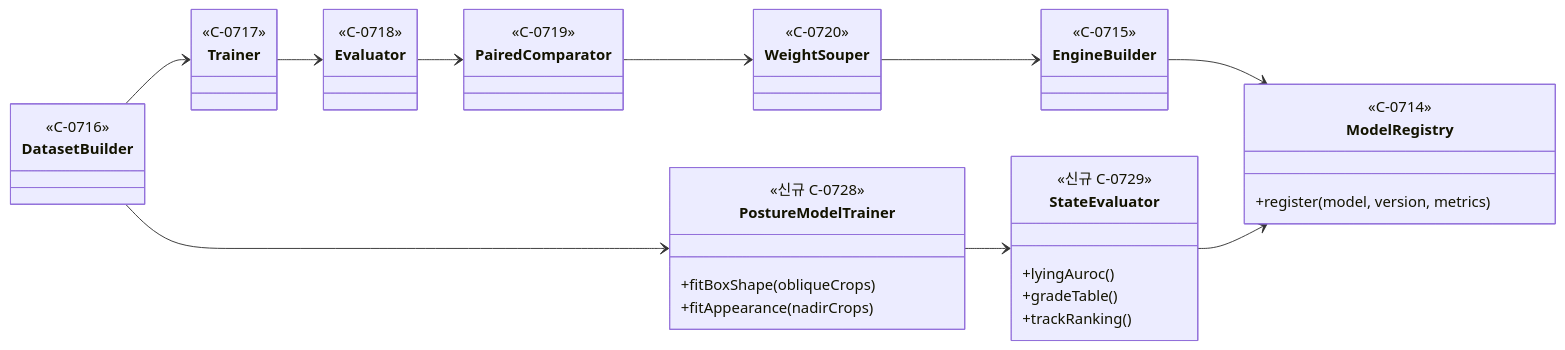
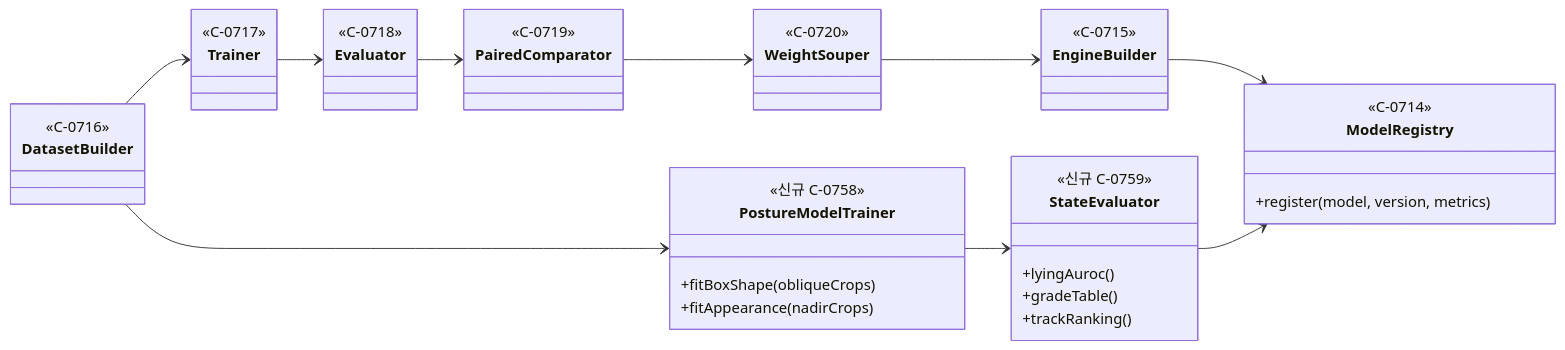
Before and after one commit to tim9985/Capstone: the fourth of 4 diagrams in obsidian/11 서버 학습 계획/07 객체지향 설계 v2 - 상태 인지 반영.md, drawn with Mermaid. The commit also changed other lines of this file and 9 other files, not shown here.

Commit message:
SDD v1.5 비전 클래스 다이어그램 8장 — 9.30 피드백 객체지향 계층 (Controller · Service 인터페이스 · DAO · Entity · DTO · 패키지 간 인터페이스)

````diff
--- a/obsidian/11 서버 학습 계획/07 객체지향 설계 v2 - 상태 인지 반영.md
+++ b/obsidian/11 서버 학습 계획/07 객체지향 설계 v2 - 상태 인지 반영.md
@@ -314,46 +315,46 @@
 ```mermaid
 classDiagram
     direction LR
     class DatasetBuilder {
         <<C-0716>>
     }
     class Trainer {
         <<C-0717>>
     }
     class Evaluator {
         <<C-0718>>
     }
     class PairedComparator {
         <<C-0719>>
     }
     class WeightSouper {
         <<C-0720>>
     }
     class EngineBuilder {
         <<C-0715>>
     }
     class ModelRegistry {
         <<C-0714>>
         +register(model, version, metrics)
     }
     class PostureModelTrainer {
-        <<신규 C-0728>>
+        <<신규 C-0758>>
         +fitBoxShape(obliqueCrops)
         +fitAppearance(nadirCrops)
     }
     class StateEvaluator {
-        <<신규 C-0729>>
+        <<신규 C-0759>>
         +lyingAuroc()
         +gradeTable()
         +trackRanking()
     }
     DatasetBuilder --> Trainer
     Trainer --> Evaluator
     Evaluator --> PairedComparator
     PairedComparator --> WeightSouper
     WeightSouper --> EngineBuilder
     EngineBuilder --> ModelRegistry
     DatasetBuilder --> PostureModelTrainer
     PostureModelTrainer --> StateEvaluator
     StateEvaluator --> ModelRegistry
 ```
````
